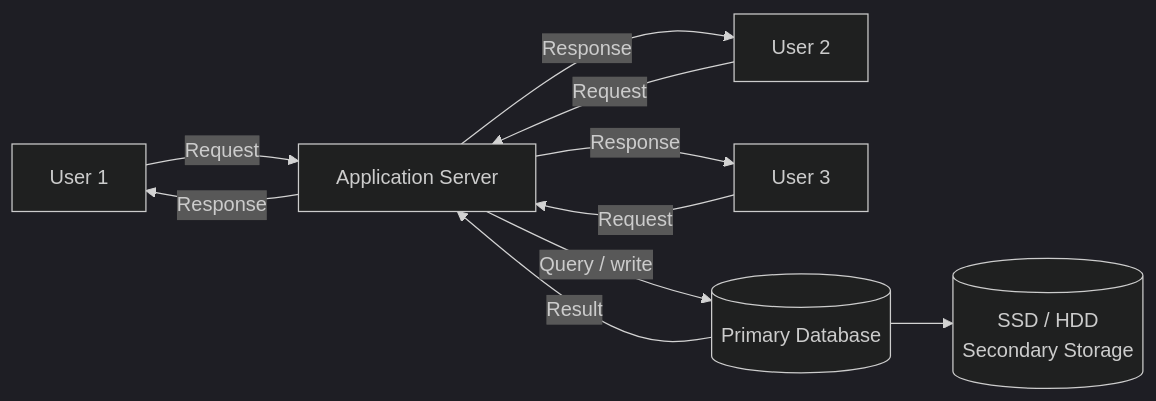
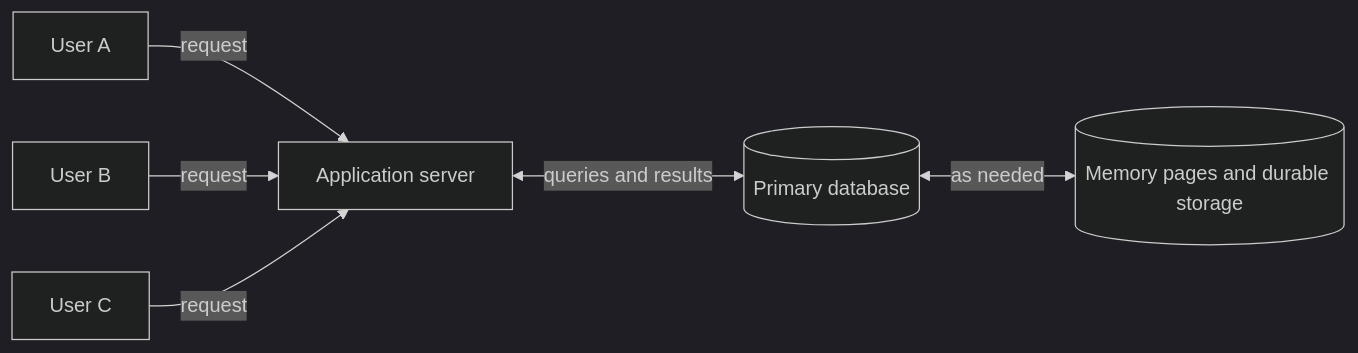
The first of 7 diagrams in redis/README.md (vanshbaranwal/backend-projects), drawn with Mermaid (dark theme) before and after one commit. The commit also changed other lines of this file and 1 other file, not shown here.

Commit message:
docs(redis): clarify notes with analogies and accurate flows

````diff
--- a/redis/README.md
+++ b/redis/README.md
@@ -33,12 +34,8 @@
 ```mermaid
 flowchart LR
-    U1[User 1] -->|Request| APP[Application Server]
-    U2[User 2] -->|Request| APP
-    U3[User 3] -->|Request| APP
-    APP -->|Query / write| DB[(Primary Database)]
-    DB --> DISK[(SSD / HDD\nSecondary Storage)]
-    DB -->|Result| APP
-    APP -->|Response| U1
-    APP -->|Response| U2
-    APP -->|Response| U3
+    U1[User A] -->|request| APP[Application server]
+    U2[User B] -->|request| APP
+    U3[User C] -->|request| APP
+    APP <-->|queries and results| DB[(Primary database)]
+    DB <-->|as needed| STORAGE[(Memory pages and durable storage)]
 ```
````
